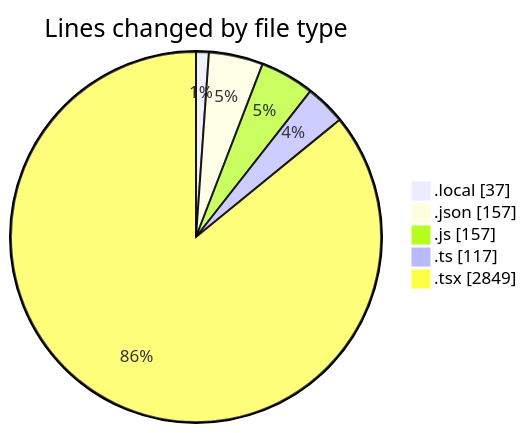
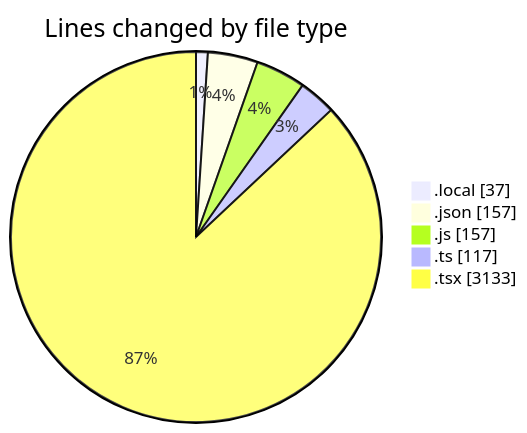
The first of 2 diagrams in 2026-02-17/id_ia/README.md (becaeroporto-bot/code-tracking), drawn with Mermaid before and after one commit. The commit also changed other lines of this file and 1 other file, not shown here.

````diff
--- a/2026-02-17/id_ia/README.md
+++ b/2026-02-17/id_ia/README.md
@@ -43,9 +44,9 @@
 ```mermaid
 pie showData
 title Lines changed by file type
 ".local" : 37
 ".json" : 157
 ".js" : 157
 ".ts" : 117
-".tsx" : 2849
+".tsx" : 3133
 ```
````
